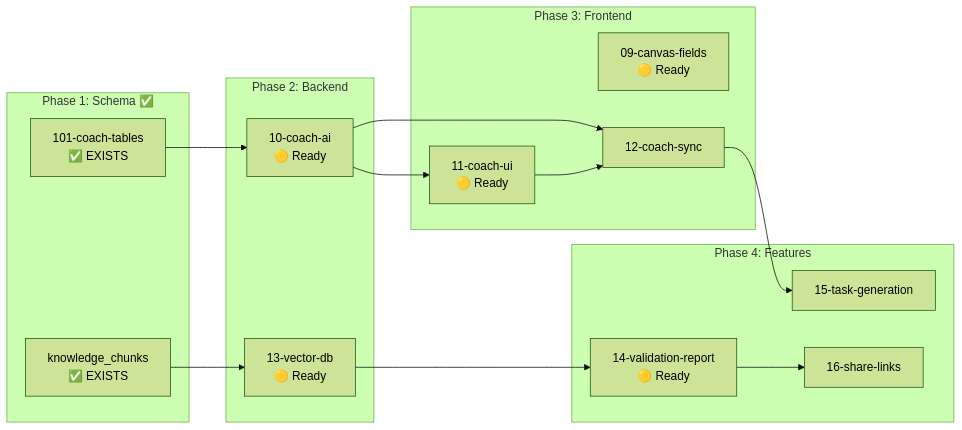
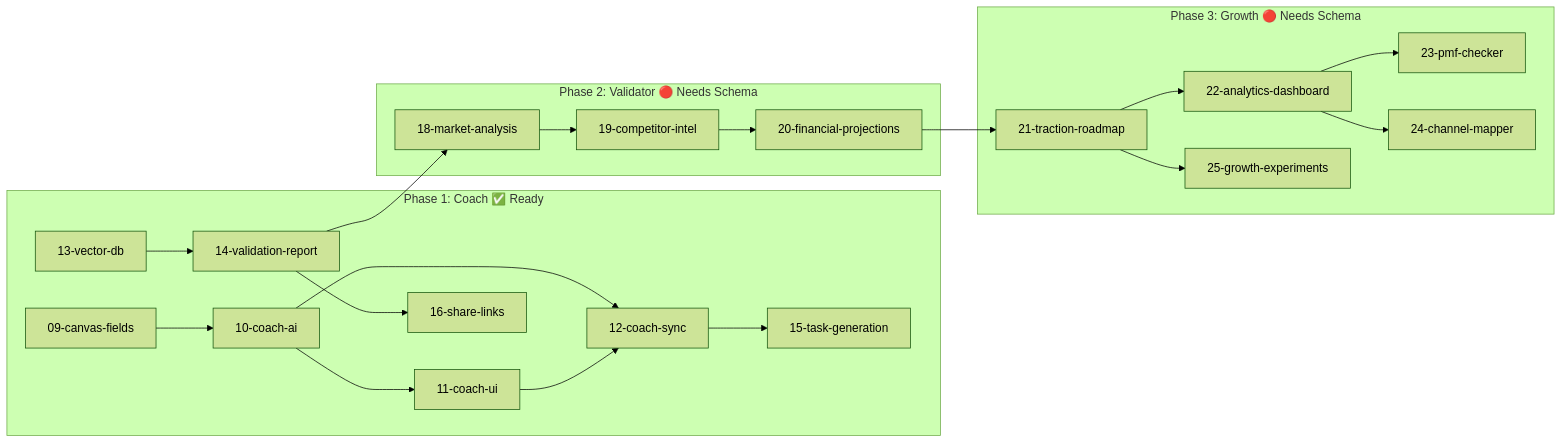
Before and after one commit to amo-tech-ai/rocket-path-ai: the second of 6 diagrams in docs/tasks/00-progress-tracker.md, drawn with Mermaid (forest theme). The commit also changed other lines of this file and 10 other files, not shown here.

````diff
--- a/docs/tasks/00-progress-tracker.md
+++ b/docs/tasks/00-progress-tracker.md
@@ -329,33 +149,43 @@
 ```mermaid
 flowchart LR
-    subgraph Phase1["Phase 1: Schema ✅"]
-        T101["101-coach-tables<br/>✅ EXISTS"]
-        T13A["knowledge_chunks<br/>✅ EXISTS"]
-    end
-    
-    subgraph Phase2["Phase 2: Backend"]
-        T10["10-coach-ai<br/>🟡 Ready"]
-        T13["13-vector-db<br/>🟡 Ready"]
-    end
-    
-    subgraph Phase3["Phase 3: Frontend"]
-        T09["09-canvas-fields<br/>🟡 Ready"]
-        T11["11-coach-ui<br/>🟡 Ready"]
+    subgraph Phase1["Phase 1: Coach ✅ Ready"]
+        T09["09-canvas-fields"]
+        T10["10-coach-ai"]
+        T11["11-coach-ui"]
         T12["12-coach-sync"]
-    end
-    
-    subgraph Phase4["Phase 4: Features"]
-        T14["14-validation-report<br/>🟡 Ready"]
+        T13["13-vector-db"]
+        T14["14-validation-report"]
         T15["15-task-generation"]
         T16["16-share-links"]
     end
     
-    T101 --> T10
-    T13A --> T13
+    subgraph Phase2["Phase 2: Validator 🔴 Needs Schema"]
+        T18["18-market-analysis"]
+        T19["19-competitor-intel"]
+        T20["20-financial-projections"]
+    end
+    
+    subgraph Phase3["Phase 3: Growth 🔴 Needs Schema"]
+        T21["21-traction-roadmap"]
+        T22["22-analytics-dashboard"]
+        T23["23-pmf-checker"]
+        T24["24-channel-mapper"]
+        T25["25-growth-experiments"]
+    end
+    
+    T09 --> T10
     T10 --> T11
     T10 --> T12
     T11 --> T12
     T13 --> T14
     T12 --> T15
     T14 --> T16
+    T14 --> T18
+    T18 --> T19
+    T19 --> T20
+    T20 --> T21
+    T21 --> T22
+    T22 --> T23
+    T22 --> T24
+    T21 --> T25
 ```
````
